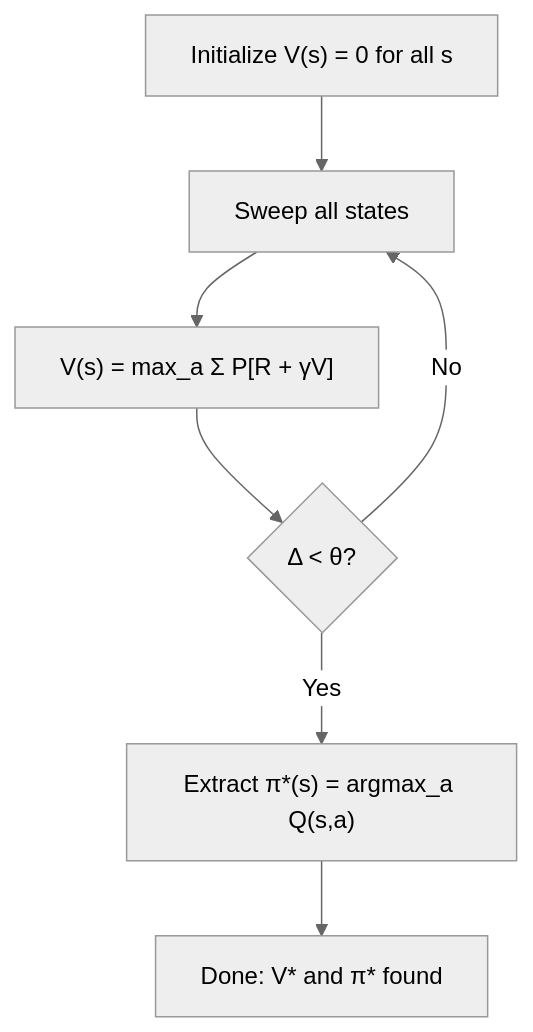
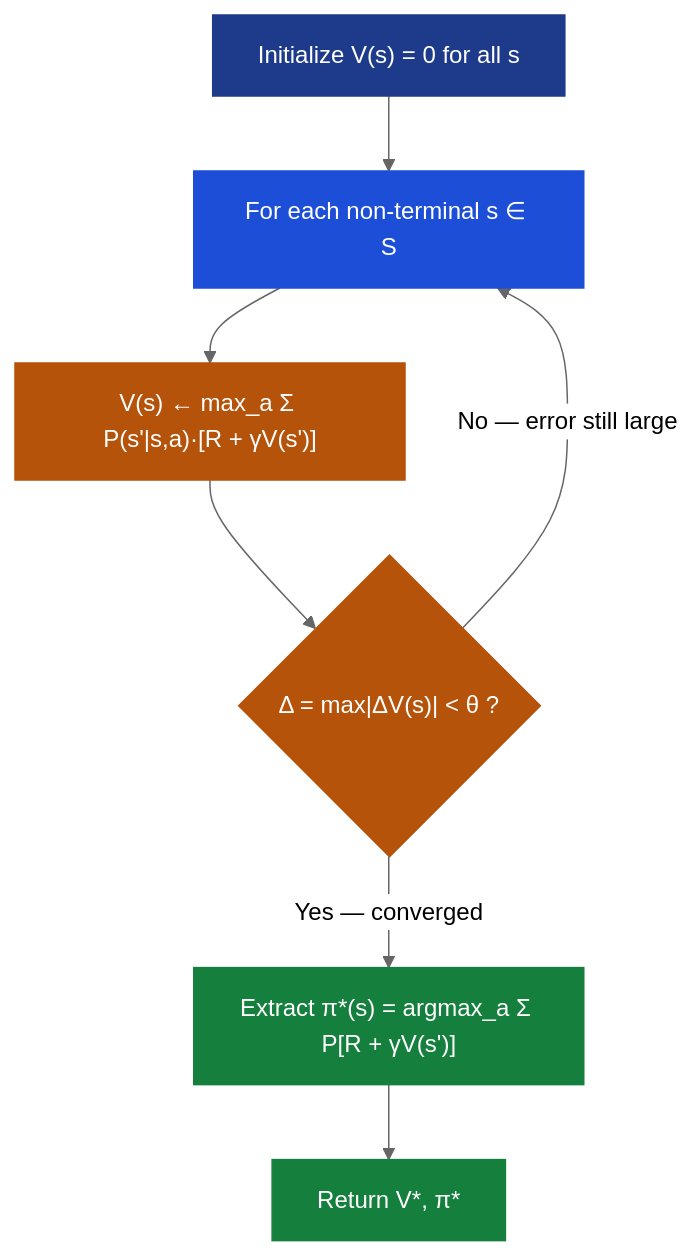
Before and after one commit to deepakshamsft/ai-portfolio: the second of 4 diagrams in notes/01-ml/06_reinforcement_learning/ch02_dynamic_programming/README.md, drawn with Mermaid (neutral theme). The commit also changed other lines of this file and 727 other files, not shown here.

````diff
--- a/notes/01-ml/06_reinforcement_learning/ch02_dynamic_programming/README.md
+++ b/notes/01-ml/06_reinforcement_learning/ch02_dynamic_programming/README.md
@@ -234,9 +696,16 @@
 ```mermaid
 flowchart TD
-    A["Initialize V(s) = 0 for all s"] --> B["Sweep all states"]
-    B --> C["V(s) = max_a Σ P[R + γV]"]
-    C --> D{"Δ < θ?"}
-    D -->|"No"| B
-    D -->|"Yes"| E["Extract π*(s) = argmax_a Q(s,a)"]
-    E --> F["Done: V* and π* found"]
+    A["Initialize V(s) = 0 for all s"]:::primary --> B
+    B["For each non-terminal s ∈ S"]:::info --> C
+    C["V(s) ← max_a Σ P(s'|s,a)·[R + γV(s')]"]:::caution --> D
+    D{"Δ = max|ΔV(s)| < θ ?"}:::caution --> |"No — error still large"| B
+    D --> |"Yes — converged"| E
+    E["Extract π*(s) = argmax_a Σ P[R + γV(s')]"]:::success --> F
+    F["Return V*, π*"]:::success
+
+    classDef primary fill:#1e3a8a,color:#fff,stroke:#1e3a8a
+    classDef success fill:#15803d,color:#fff,stroke:#15803d
+    classDef caution fill:#b45309,color:#fff,stroke:#b45309
+    classDef danger  fill:#b91c1c,color:#fff,stroke:#b91c1c
+    classDef info    fill:#1d4ed8,color:#fff,stroke:#1d4ed8
 ```
````
